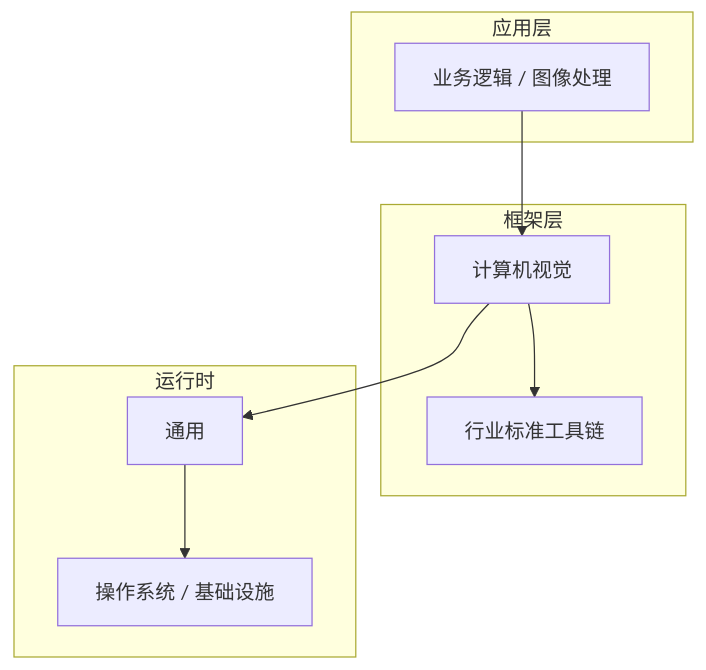
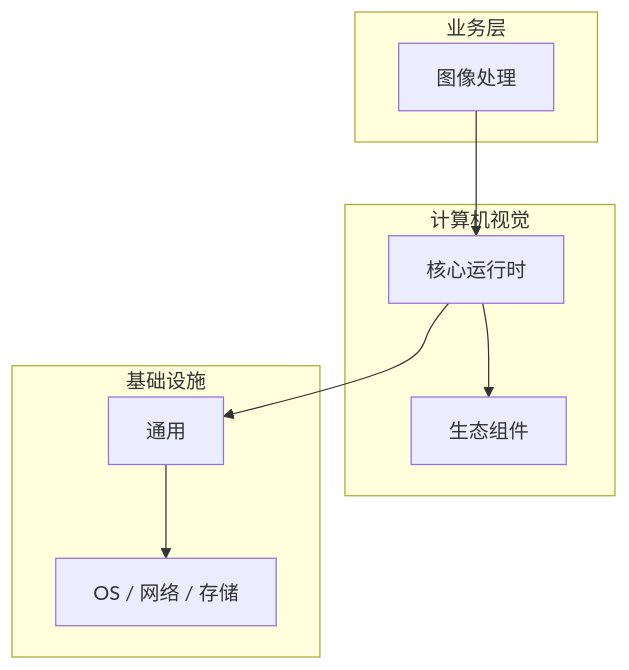
Before and after one commit to yanggan2015/knowledge-json-v2: the diagram in articles/计算机视觉/chapters/007-图像处理核心概念与原理.md, drawn with Mermaid. The commit also changed other lines of this file and 10127 other files, not shown here.

````diff
--- a/articles/计算机视觉/chapters/007-图像处理核心概念与原理.md
+++ b/articles/计算机视觉/chapters/007-图像处理核心概念与原理.md
@@ -45,18 +30,18 @@
 ```mermaid
 graph TB
-    subgraph 应用层
-        A[业务逻辑 / 图像处理]
+    subgraph 业务层
+        A[图像处理]
     end
-    subgraph 框架层
-        B[计算机视觉]
-        C[行业标准工具链]
+    subgraph 计算机视觉
+        B[核心运行时]
+        C[生态组件]
     end
-    subgraph 运行时
+    subgraph 基础设施
         D[通用]
-        E[操作系统 / 基础设施]
+        E[OS / 网络 / 存储]
     end
     A --> B
     B --> C
     B --> D
     D --> E
 ```
````
